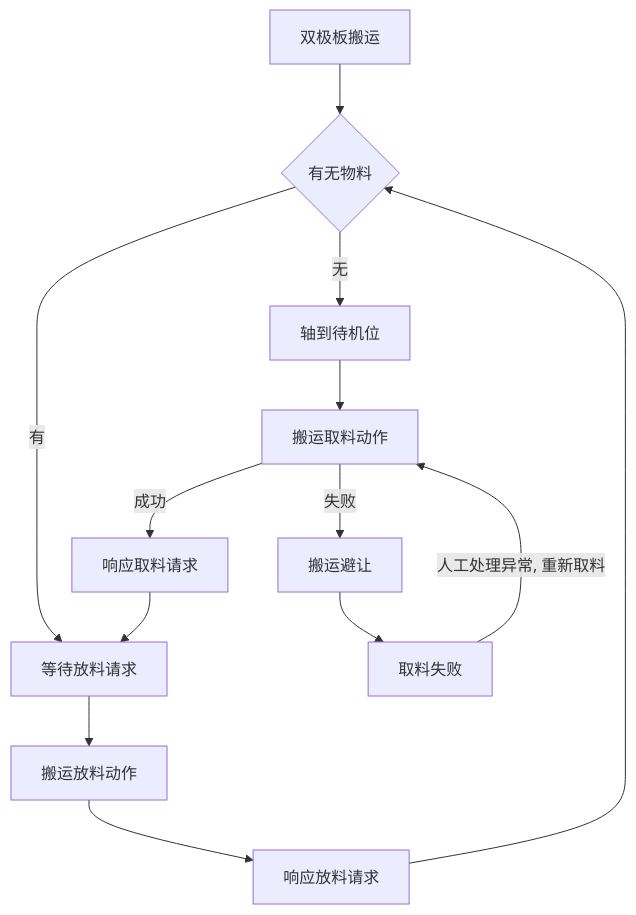
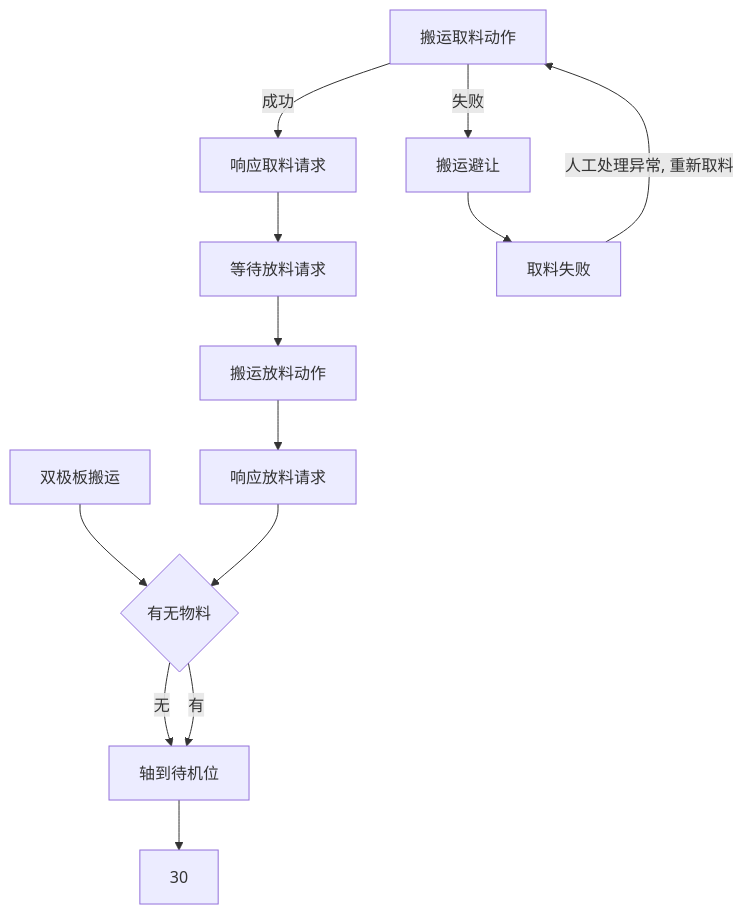
One commit to PengKun1/iodraw-files changed the diagram in all/未命名-1.md. Above: the diagram before and after it, drawn with Mermaid.

Commit message:
2024-08-20 10:59:58 update

````diff
--- a/all/未命名-1.md
+++ b/all/未命名-1.md
@@ -1,17 +1,18 @@
 ```mermaid
 graph TD
 0[双极板搬运]-->10
 10{有无物料}-->|无|20
-10-->|有|60
-20[轴到待机位]-->40
+10-->|有|20
+20[轴到待机位]-->30
+
 40[搬运取料动作]-->|成功|50
 40-->|失败|90
 50[响应取料请求]-->60
 60[等待放料请求]-->70
 70[搬运放料动作]-->80
 80[响应放料请求]-->10
 
 90[搬运避让]-->900
 
 900[取料失败]-->|人工处理异常, 重新取料|40
 ```
````
